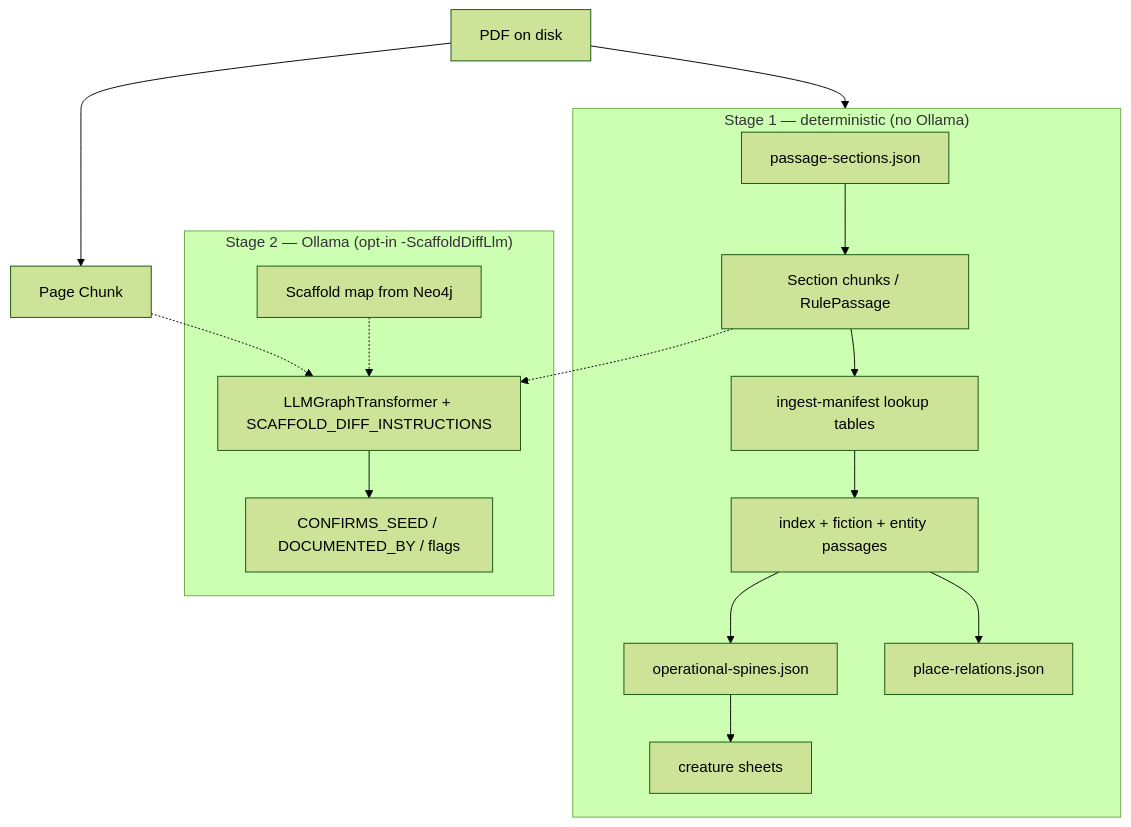
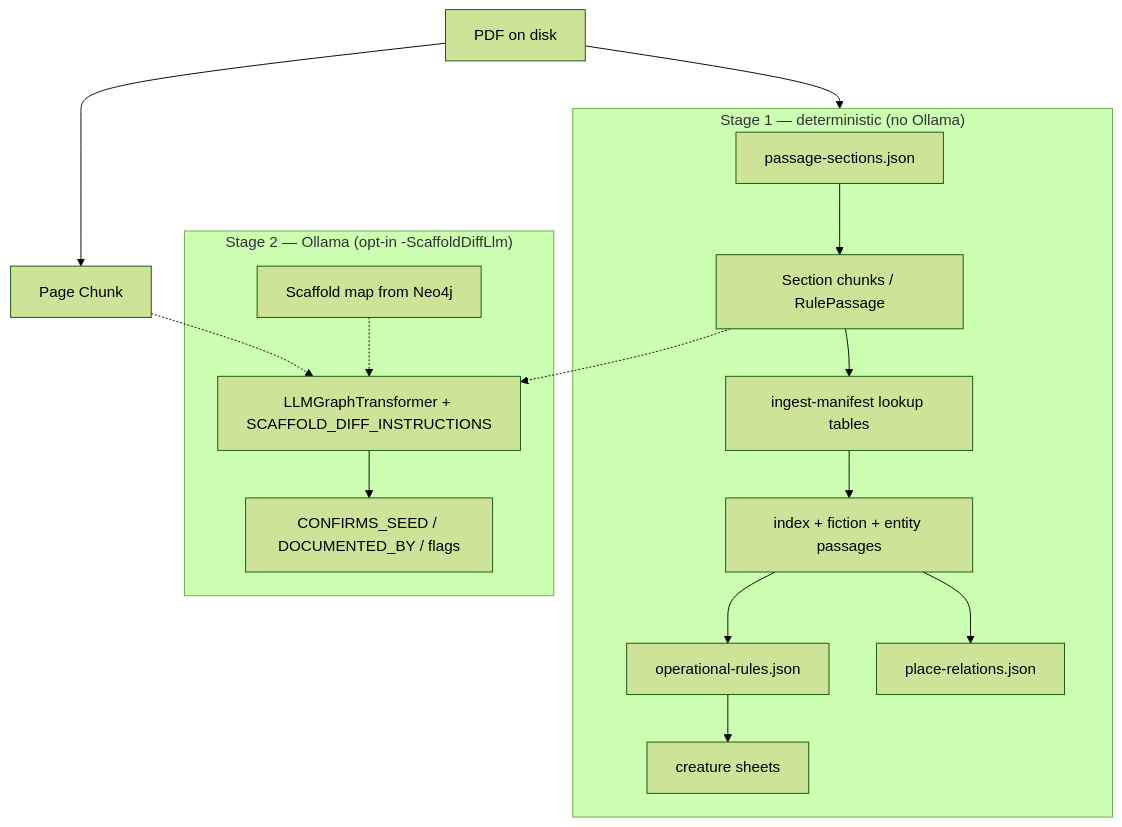
The first of 2 diagrams in design.md (MAOShea/pdf-graph-builder), drawn with Mermaid (forest theme) before and after one commit. The commit also changed other lines of this file and 15 other files, not shown here.

````diff
--- a/design.md
+++ b/design.md
@@ -109,22 +109,22 @@
 ```mermaid
 flowchart TB
   subgraph Contracts["Stage 1 — deterministic (no Ollama)"]
     A[passage-sections.json] --> B[Section chunks / RulePassage]
     B --> F[ingest-manifest lookup tables]
     F --> C[index + fiction + entity passages]
-    C --> D[operational-spines.json]
+    C --> D[operational-rules.json]
     C --> PR[place-relations.json]
     D --> E[creature sheets]
   end
   subgraph LLM["Stage 2 — Ollama (opt-in -ScaffoldDiffLlm)"]
     G[Scaffold map from Neo4j]
     H[LLMGraphTransformer + SCAFFOLD_DIFF_INSTRUCTIONS]
     I[CONFIRMS_SEED / DOCUMENTED_BY / flags]
   end
   PDF[PDF on disk] --> Contracts
   PDF --> Chunks[Page Chunk]
   B -.-> H
   Chunks -.-> H
   G -.-> H
   H --> I
 ```
````
